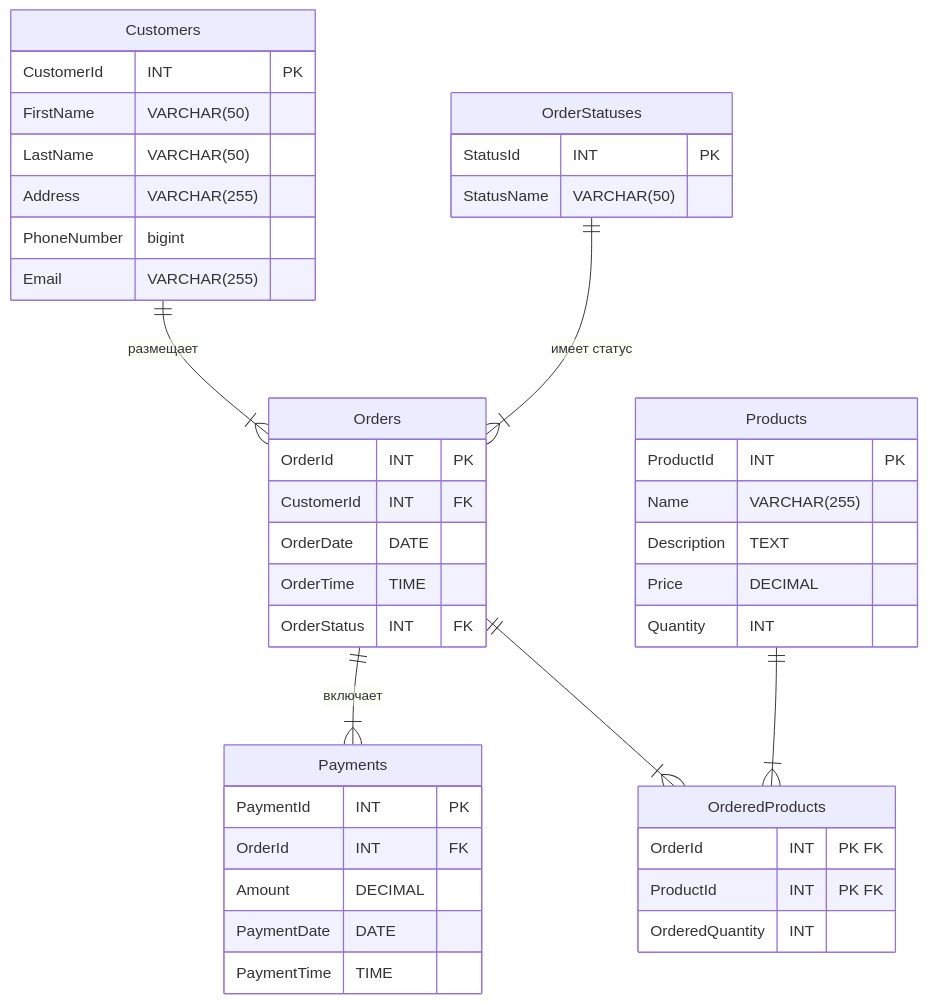
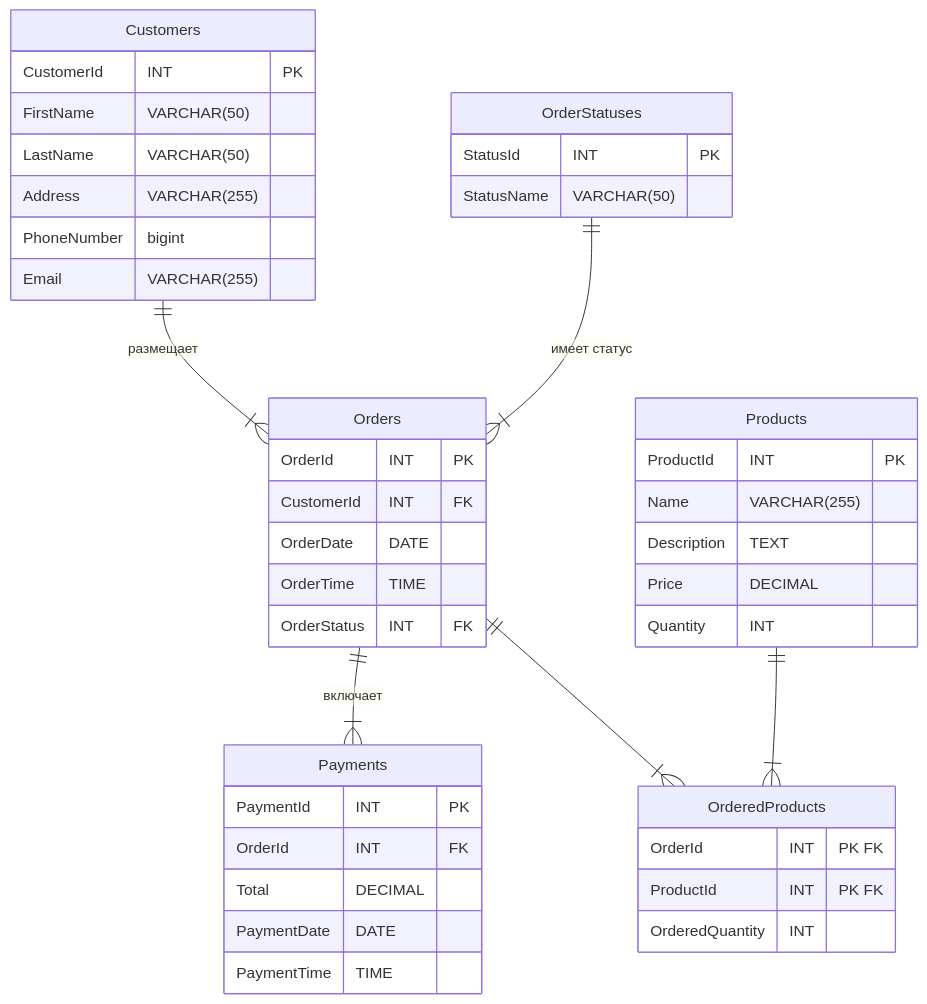
One commit to deltaDelete/FinalProject changed the diagram in docs/DATABASE.md. Above: the diagram before and after it, drawn with Mermaid. The commit also changed 8 other files, not shown here.

Commit message:
fix: изменены модели в соответствии с диаграммой

````diff
--- a/docs/DATABASE.md
+++ b/docs/DATABASE.md
@@ -3,54 +3,54 @@
 ```mermaid
 erDiagram
     Customers ||--|{ Orders: "размещает"
     Orders ||--|{ Payments: "включает"
     OrderStatuses ||--|{ Orders: "имеет статус"
     
     Customers {
         CustomerId INT PK
         FirstName VARCHAR(50)
         LastName VARCHAR(50)
         Address VARCHAR(255)
         PhoneNumber bigint
         Email VARCHAR(255)
     }
 
     Orders {
         OrderId INT PK
         CustomerId INT FK
         OrderDate DATE
         OrderTime TIME
         OrderStatus INT FK
     }
     
     OrderStatuses {
         StatusId INT PK
         StatusName VARCHAR(50)
     }
 
     Payments {
         PaymentId INT PK
         OrderId INT FK
-        Amount DECIMAL
+        Total DECIMAL
         PaymentDate DATE
         PaymentTime TIME
     }
 
     Products {
         ProductId INT PK
         Name VARCHAR(255)
         Description TEXT
         Price DECIMAL
         Quantity INT
     }
     
     OrderedProducts {
         OrderId INT "PK FK"
         ProductId INT "PK FK"
         OrderedQuantity INT
     }
     
     Products ||--|{ OrderedProducts: ""
     Orders ||--|{ OrderedProducts: ""
 
 ```
````
